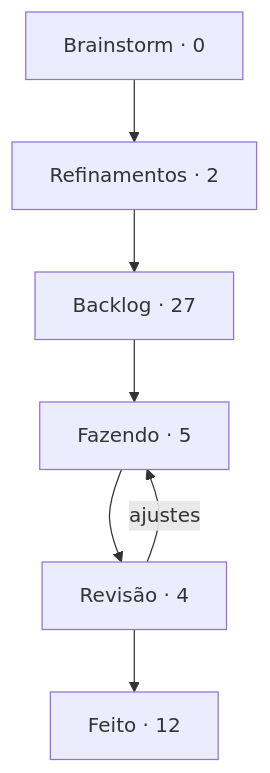
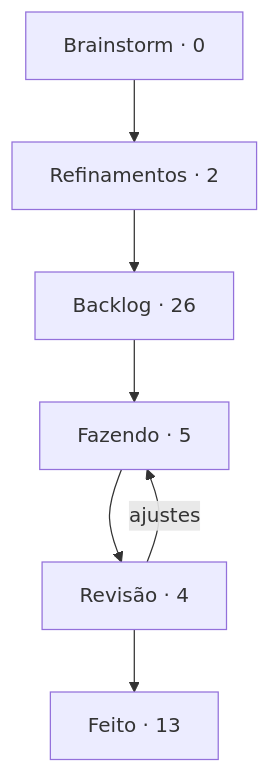
One commit to StudioVibi/VibiKanban changed the diagram in boards/dungeon-bend/BOARD.md. Above: the diagram before and after it, drawn with Mermaid. The commit also changed other lines of this file and 2 other files, not shown here.

````diff
--- a/boards/dungeon-bend/BOARD.md
+++ b/boards/dungeon-bend/BOARD.md
@@ -5,12 +5,12 @@
 ```mermaid
 flowchart TD
   brainstorm["Brainstorm · 0"] --> refinamentos["Refinamentos · 2"]
-  refinamentos --> backlog["Backlog · 27"]
+  refinamentos --> backlog["Backlog · 26"]
   backlog --> doing["Fazendo · 5"]
   doing --> review["Revisão · 4"]
-  review --> done["Feito · 12"]
+  review --> done["Feito · 13"]
   review -->|ajustes| doing
   doing:::blue
   review:::yellow
   done:::green
 ```
````
